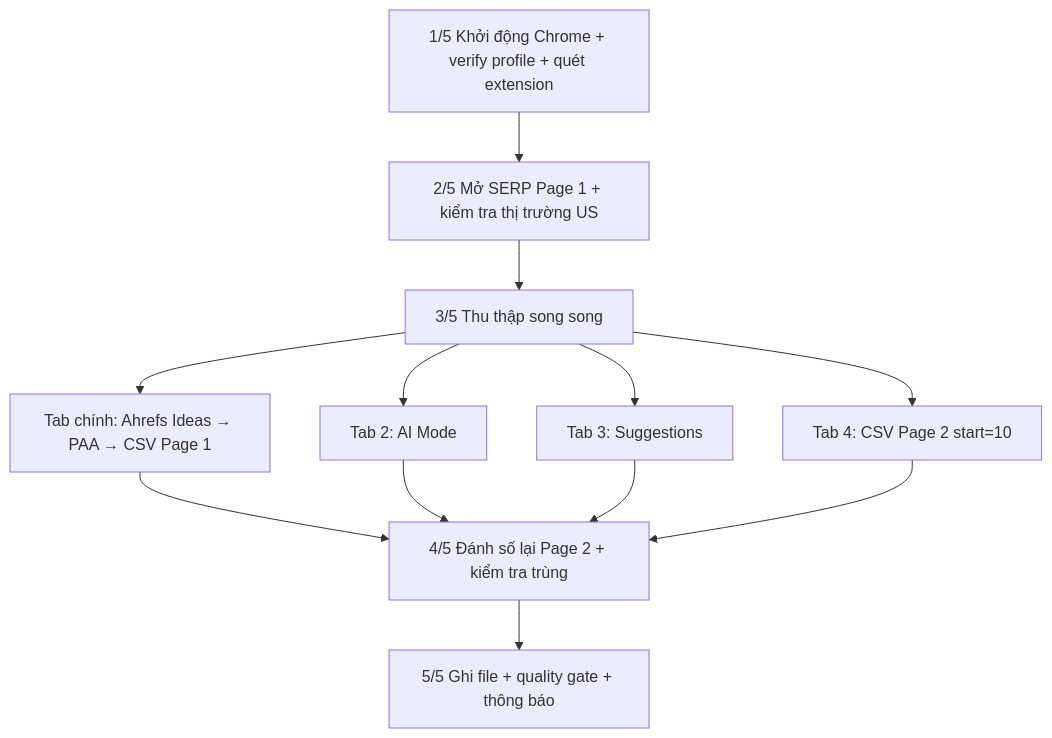
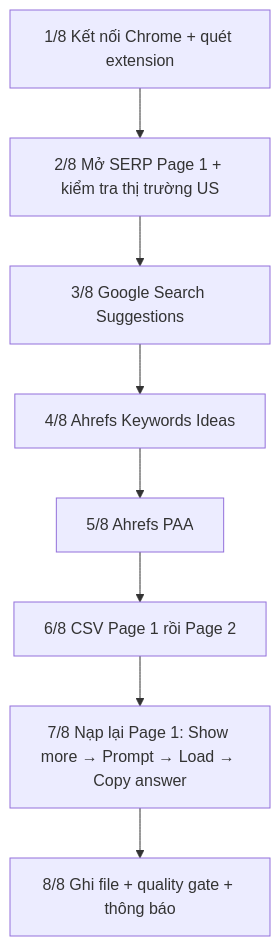
One commit to mktphuchung-wq/SERP-Extractor changed the third of 6 diagrams in DAC_TA_HIEN_TAI.md. Above: the diagram before and after it, drawn with Mermaid. The commit also changed other lines of this file and 14 other files, not shown here.

First line of the commit message:
feat: Refactor workflow to enforce a fixed sequence for processing phases

````diff
--- a/DAC_TA_HIEN_TAI.md
+++ b/DAC_TA_HIEN_TAI.md
@@ -299,14 +298,10 @@
 ```mermaid
 flowchart TD
-    S1[1/5 Khởi động Chrome + verify profile + quét extension] --> S2[2/5 Mở SERP Page 1 + kiểm tra thị trường US]
-    S2 --> S3[3/5 Thu thập song song]
-    S3 --> T1[Tab chính: Ahrefs Ideas → PAA → CSV Page 1]
-    S3 --> T2[Tab 2: AI Mode]
-    S3 --> T3[Tab 3: Suggestions]
-    S3 --> T4[Tab 4: CSV Page 2 start=10]
-    T1 --> S4[4/5 Đánh số lại Page 2 + kiểm tra trùng]
-    T2 --> S4
-    T3 --> S4
-    T4 --> S4
-    S4 --> S5[5/5 Ghi file + quality gate + thông báo]
+    S1[1/8 Kết nối Chrome + quét extension] --> S2[2/8 Mở SERP Page 1 + kiểm tra thị trường US]
+    S2 --> S3[3/8 Google Search Suggestions]
+    S3 --> S4[4/8 Ahrefs Keywords Ideas]
+    S4 --> S5[5/8 Ahrefs PAA]
+    S5 --> S6[6/8 CSV Page 1 rồi Page 2]
+    S6 --> S7[7/8 Nạp lại Page 1: Show more → Prompt → Load → Copy answer]
+    S7 --> S8[8/8 Ghi file + quality gate + thông báo]
 ```
````
